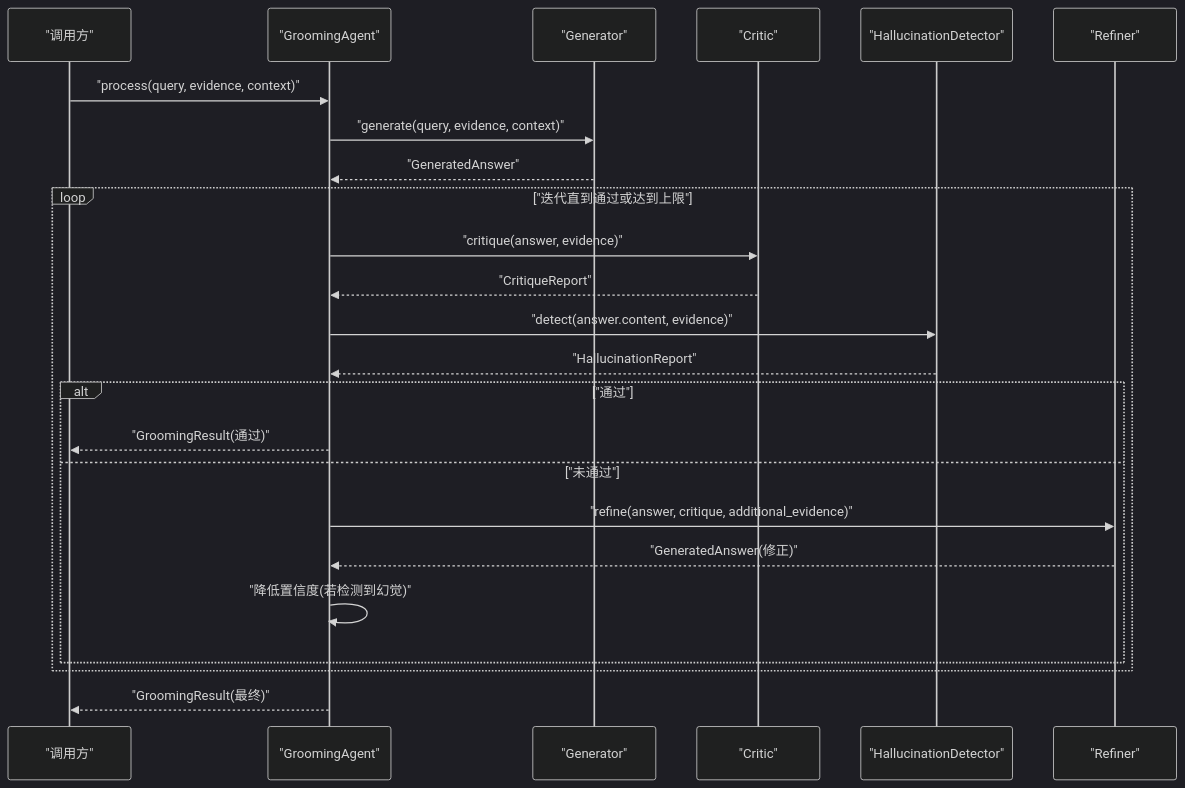
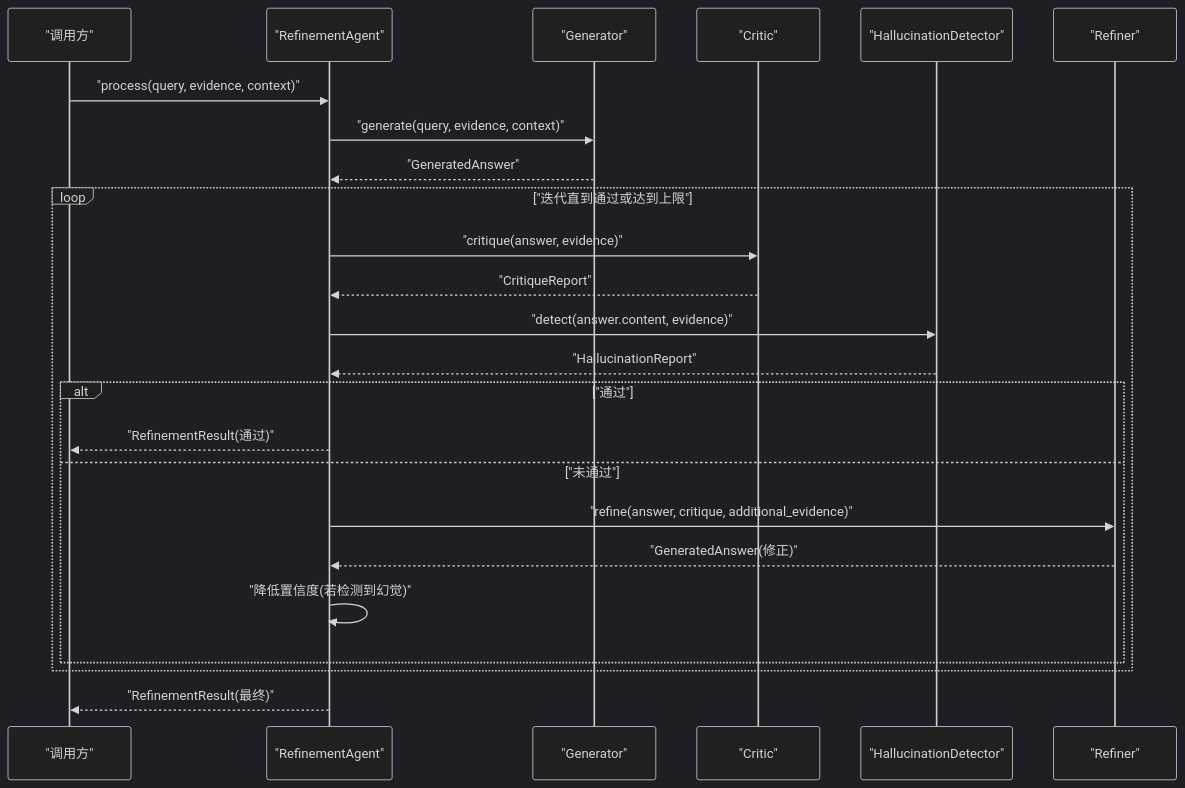
The third of 11 diagrams in .qoder/repowiki/zh/content/核心模块详解/Grooming Agent - 巩固层/Grooming Agent - 巩固层.md (JieGaoPrinceton/NecoRAG), drawn with Mermaid (dark theme) before and after one commit. The commit also changed other lines of this file and 23 other files, not shown here.

````diff
--- a/.qoder/repowiki/zh/content/核心模块详解/Grooming Agent - 巩固层/Grooming Agent - 巩固层.md
+++ b/.qoder/repowiki/zh/content/核心模块详解/Grooming Agent - 巩固层/Grooming Agent - 巩固层.md
@@ -178,26 +180,26 @@
 ```mermaid
 sequenceDiagram
 participant U as "调用方"
-participant GA as "GroomingAgent"
+participant GA as "RefinementAgent"
 participant GEN as "Generator"
 participant CRIT as "Critic"
 participant HAL as "HallucinationDetector"
 participant REF as "Refiner"
 U->>GA : "process(query, evidence, context)"
 GA->>GEN : "generate(query, evidence, context)"
 GEN-->>GA : "GeneratedAnswer"
 loop "迭代直到通过或达到上限"
 GA->>CRIT : "critique(answer, evidence)"
 CRIT-->>GA : "CritiqueReport"
 GA->>HAL : "detect(answer.content, evidence)"
 HAL-->>GA : "HallucinationReport"
 alt "通过"
-GA-->>U : "GroomingResult(通过)"
+GA-->>U : "RefinementResult(通过)"
 else "未通过"
 GA->>REF : "refine(answer, critique, additional_evidence)"
 REF-->>GA : "GeneratedAnswer(修正)"
 GA->>GA : "降低置信度(若检测到幻觉)"
 end
 end
-GA-->>U : "GroomingResult(最终)"
+GA-->>U : "RefinementResult(最终)"
 ```
````
